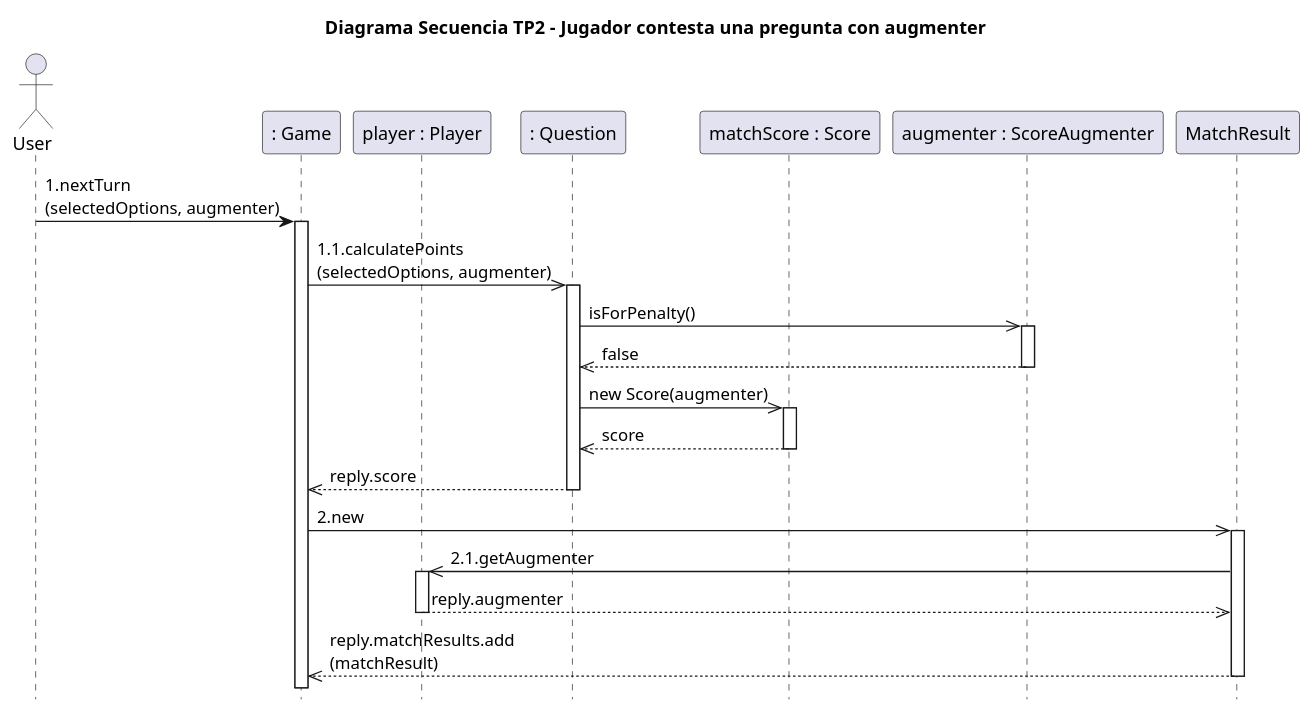
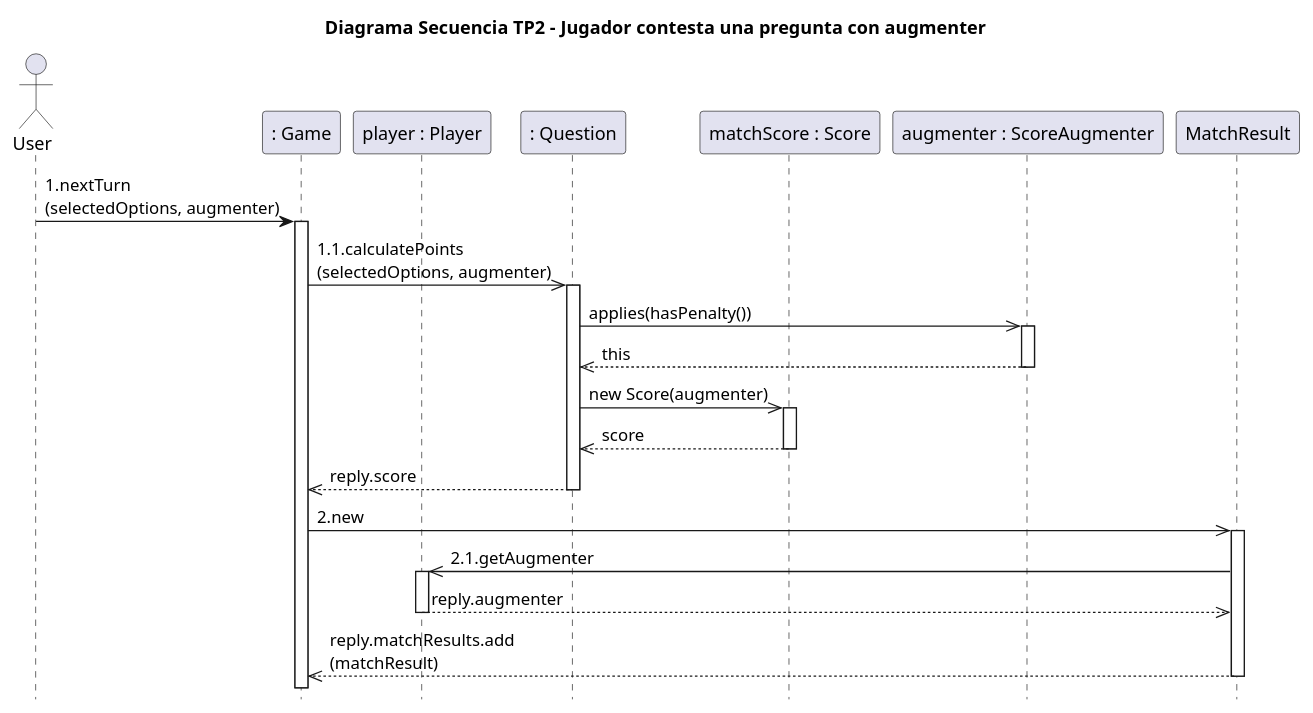
The diagram in docs/DiagramaSecuencia-ConestarPreguntaconAugmenter.plantuml (GEscandar/TP2-Kahoot), drawn with PlantUML before and after one commit. The commit also changed 14 other files, not shown here.

Commit message:
Cambios en diagramas

```diff
--- a/docs/DiagramaSecuencia-ConestarPreguntaconAugmenter.plantuml
+++ b/docs/DiagramaSecuencia-ConestarPreguntaconAugmenter.plantuml
@@ -1,37 +1,37 @@
 @startuml
 
 actor User
 title Diagrama Secuencia TP2 - Jugador contesta una pregunta con augmenter
 hide footbox
 
 participant ": Game" as game
 participant "player : Player" as player
 participant ": Question" as question
 participant "matchScore : Score" as score
 participant "augmenter : ScoreAugmenter" as augmenter
 
 
 User -> game:1.nextTurn\n(selectedOptions, augmenter)
 activate game
 game->>question:1.1.calculatePoints\n(selectedOptions, augmenter)
 activate question
-question ->> augmenter:isForPenalty()
+question ->> augmenter:applies(hasPenalty())
 activate augmenter
-augmenter -->> question:false
+augmenter -->> question:this
 deactivate augmenter
 question ->> score:new Score(augmenter)
 activate score
 score -->> question:score
 deactivate score
 question -->>game:reply.score
 deactivate question
 game->>MatchResult:2.new
 activate MatchResult
 MatchResult->>player:2.1.getAugmenter
 activate player
 player-->>MatchResult:reply.augmenter
 deactivate player
 MatchResult-->>game:reply.matchResults.add\n(matchResult)
 deactivate MatchResult
 
 @enduml
```
